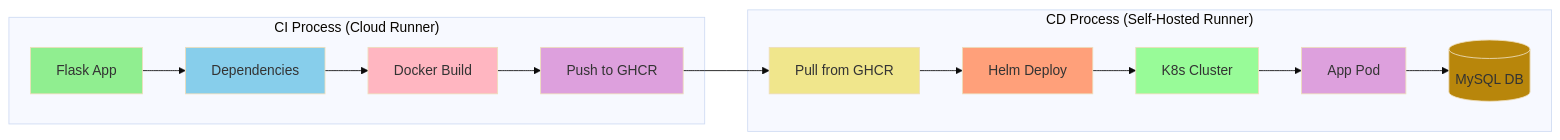
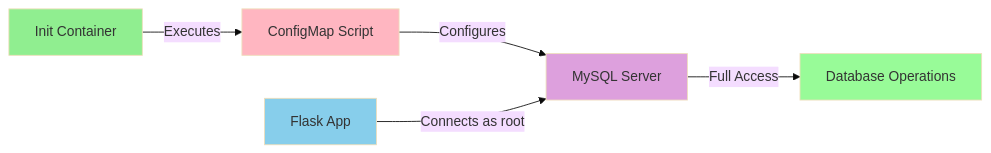
One commit to dvirmoyal/world-of-game changed the diagram in README.md. Above: the diagram before and after it, drawn with Mermaid (base theme). The commit also changed other lines of this file and 63 other files, not shown here.

````diff
--- a/README.md
+++ b/README.md
@@ -7,28 +41,13 @@
 ```mermaid
-graph LR;
-    subgraph "CI Process (Cloud Runner)"
-        A[Flask App] --> B[Dependencies]
-        B --> C[Docker Build]
-        C --> D[Push to GHCR]
-        
-        style A fill:#90EE90
-        style B fill:#87CEEB
-        style C fill:#FFB6C1
-        style D fill:#DDA0DD
-    end
+graph LR
+    A[Init Container] -->|Executes| B[ConfigMap Script]
+    B -->|Configures| C[MySQL Server]
+    D[Flask App] -->|Connects as root| C
+    C -->|Full Access| E[Database Operations]
 
-    subgraph "CD Process (Self-Hosted Runner)"
-        E[Pull from GHCR] --> F[Helm Deploy]
-        F --> G[K8s Cluster]
-        G --> H[App Pod]
-        H --> I[(MySQL DB)]
-        
-        style E fill:#F0E68C
-        style F fill:#FFA07A
-        style G fill:#98FB98
-        style H fill:#DDA0DD
-        style I fill:#B8860B
-    end
-
-    D --> E
+    style A fill:#90EE90
+    style B fill:#FFB6C1
+    style C fill:#DDA0DD
+    style D fill:#87CEEB
+    style E fill:#98FB98
 ```
````
